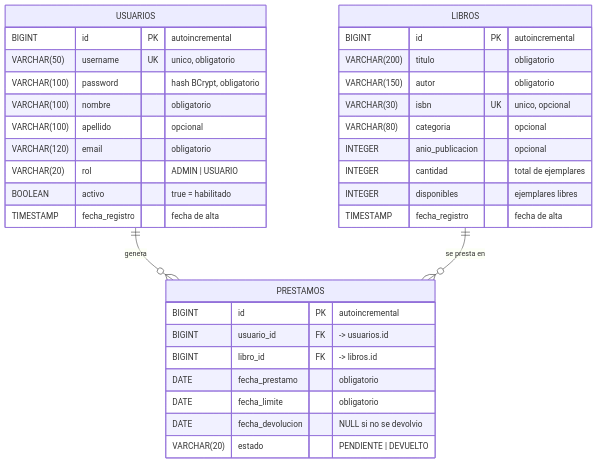
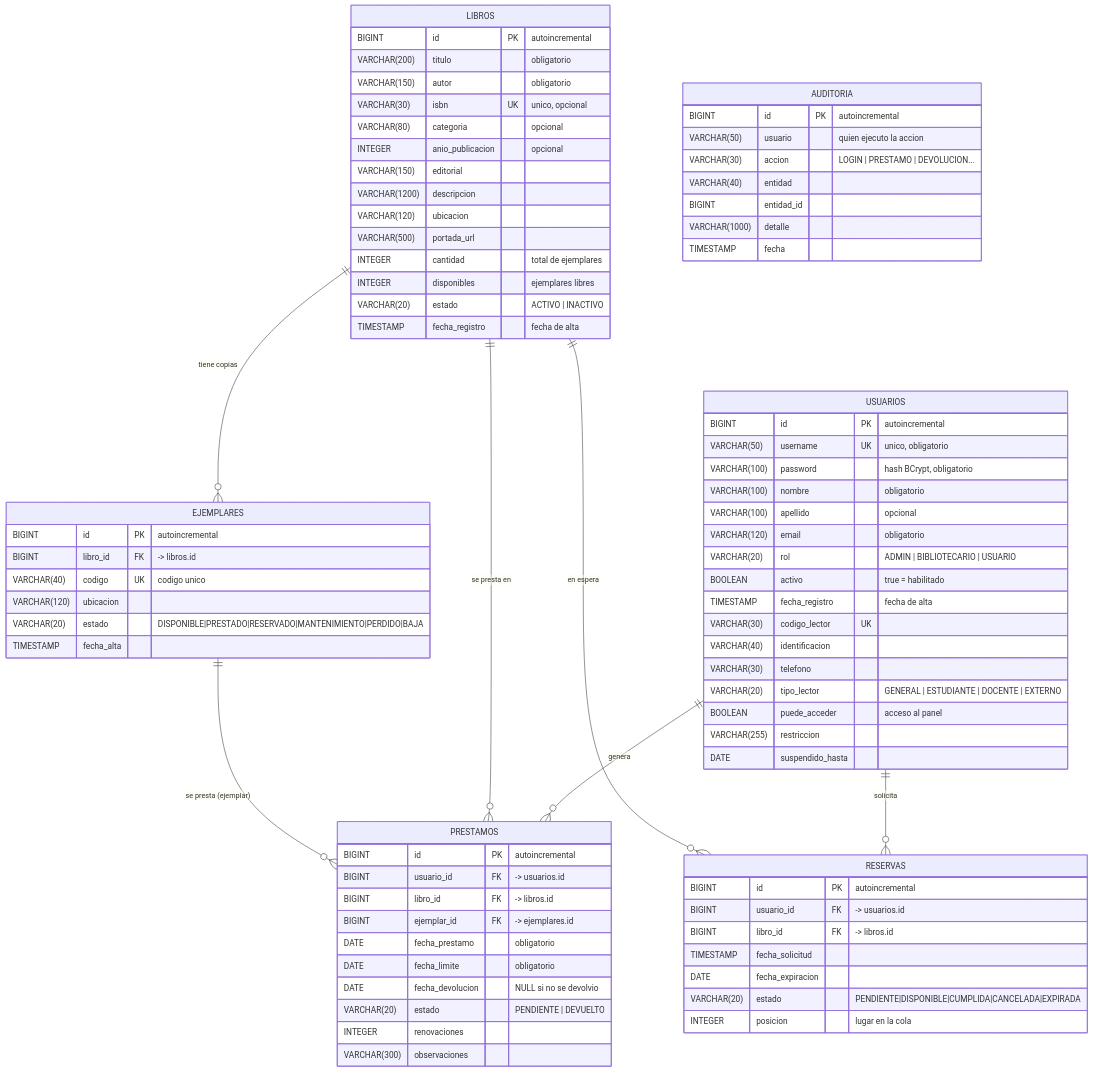
The diagram in bd/diagrama-bd.mmd (Maalik47/Biblioteca), drawn with Mermaid before and after one commit. The commit also changed 69 other files, not shown here.

```diff
--- a/bd/diagrama-bd.mmd
+++ b/bd/diagrama-bd.mmd
@@ -1,41 +1,89 @@
 %% Diagrama Entidad-Relacion de la base de datos "Gestion de Biblioteca"
 %% Renderizable en: GitHub, VS Code (Markdown Preview Mermaid), mermaid.live
 %% Equivalente al DDL de bd/schema.sql
 
 erDiagram
-    USUARIOS ||--o{ PRESTAMOS : "genera"
-    LIBROS   ||--o{ PRESTAMOS : "se presta en"
+    USUARIOS  ||--o{ PRESTAMOS  : "genera"
+    USUARIOS  ||--o{ RESERVAS   : "solicita"
+    LIBROS    ||--o{ PRESTAMOS  : "se presta en"
+    LIBROS    ||--o{ EJEMPLARES : "tiene copias"
+    LIBROS    ||--o{ RESERVAS   : "en espera"
+    EJEMPLARES ||--o{ PRESTAMOS : "se presta (ejemplar)"
 
     USUARIOS {
         BIGINT       id PK "autoincremental"
         VARCHAR(50)  username UK "unico, obligatorio"
         VARCHAR(100) password "hash BCrypt, obligatorio"
         VARCHAR(100) nombre "obligatorio"
         VARCHAR(100) apellido "opcional"
         VARCHAR(120) email "obligatorio"
-        VARCHAR(20)  rol "ADMIN | USUARIO"
+        VARCHAR(20)  rol "ADMIN | BIBLIOTECARIO | USUARIO"
         BOOLEAN      activo "true = habilitado"
         TIMESTAMP    fecha_registro "fecha de alta"
+        VARCHAR(30)  codigo_lector UK
+        VARCHAR(40)  identificacion
+        VARCHAR(30)  telefono
+        VARCHAR(20)  tipo_lector "GENERAL | ESTUDIANTE | DOCENTE | EXTERNO"
+        BOOLEAN      puede_acceder "acceso al panel"
+        VARCHAR(255) restriccion
+        DATE         suspendido_hasta
     }
 
     LIBROS {
+        BIGINT        id PK "autoincremental"
+        VARCHAR(200)  titulo "obligatorio"
+        VARCHAR(150)  autor "obligatorio"
+        VARCHAR(30)   isbn UK "unico, opcional"
+        VARCHAR(80)   categoria "opcional"
+        INTEGER       anio_publicacion "opcional"
+        VARCHAR(150)  editorial
+        VARCHAR(1200) descripcion
+        VARCHAR(120)  ubicacion
+        VARCHAR(500)  portada_url
+        INTEGER       cantidad "total de ejemplares"
+        INTEGER       disponibles "ejemplares libres"
+        VARCHAR(20)   estado "ACTIVO | INACTIVO"
+        TIMESTAMP     fecha_registro "fecha de alta"
+    }
+
+    EJEMPLARES {
         BIGINT       id PK "autoincremental"
-        VARCHAR(200) titulo "obligatorio"
-        VARCHAR(150) autor "obligatorio"
-        VARCHAR(30)  isbn UK "unico, opcional"
-        VARCHAR(80)  categoria "opcional"
-        INTEGER      anio_publicacion "opcional"
-        INTEGER      cantidad "total de ejemplares"
-        INTEGER      disponibles "ejemplares libres"
-        TIMESTAMP    fecha_registro "fecha de alta"
+        BIGINT       libro_id FK "-> libros.id"
+        VARCHAR(40)  codigo UK "codigo unico"
+        VARCHAR(120) ubicacion
+        VARCHAR(20)  estado "DISPONIBLE|PRESTADO|RESERVADO|MANTENIMIENTO|PERDIDO|BAJA"
+        TIMESTAMP    fecha_alta
     }
 
     PRESTAMOS {
-        BIGINT   id PK "autoincremental"
-        BIGINT   usuario_id FK "-> usuarios.id"
-        BIGINT   libro_id FK "-> libros.id"
-        DATE     fecha_prestamo "obligatorio"
-        DATE     fecha_limite "obligatorio"
-        DATE     fecha_devolucion "NULL si no se devolvio"
+        BIGINT      id PK "autoincremental"
+        BIGINT      usuario_id FK "-> usuarios.id"
+        BIGINT      libro_id FK "-> libros.id"
+        BIGINT      ejemplar_id FK "-> ejemplares.id"
+        DATE        fecha_prestamo "obligatorio"
+        DATE        fecha_limite "obligatorio"
+        DATE        fecha_devolucion "NULL si no se devolvio"
         VARCHAR(20) estado "PENDIENTE | DEVUELTO"
+        INTEGER     renovaciones
+        VARCHAR(300) observaciones
     }
+
+    RESERVAS {
+        BIGINT      id PK "autoincremental"
+        BIGINT      usuario_id FK "-> usuarios.id"
+        BIGINT      libro_id FK "-> libros.id"
+        TIMESTAMP   fecha_solicitud
+        DATE        fecha_expiracion
+        VARCHAR(20) estado "PENDIENTE|DISPONIBLE|CUMPLIDA|CANCELADA|EXPIRADA"
+        INTEGER     posicion "lugar en la cola"
+    }
+
+    AUDITORIA {
+        BIGINT        id PK "autoincremental"
+        VARCHAR(50)   usuario "quien ejecuto la accion"
+        VARCHAR(30)   accion "LOGIN | PRESTAMO | DEVOLUCION..."
+        VARCHAR(40)   entidad
+        BIGINT        entidad_id
+        VARCHAR(1000) detalle
+        TIMESTAMP     fecha
+    }
```
